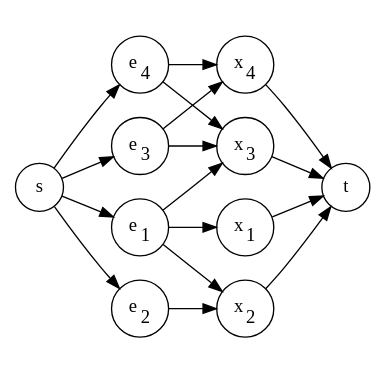
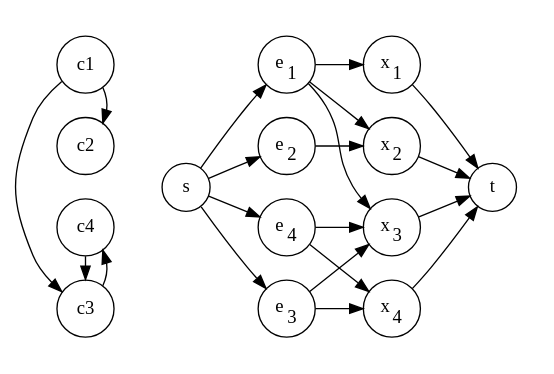
One commit to volhovM/thesis-bs-itmo changed the diagram in pics/graph.dot. Above: the diagram before and after it, drawn with Graphviz.

Commit message:
Improve graph a little bit

```diff
--- a/pics/graph.dot
+++ b/pics/graph.dot
@@ -1,34 +1,56 @@
 digraph G {
   node [shape="circle"]; 
 
   rankdir = LR;
+ 
+  c1 c2 c3 c4;
 
   s t
   e1[label=<e<SUB>1</SUB>>];
   e2[label=<e<SUB>2</SUB>>];
   e3[label=<e<SUB>3</SUB>>];
   e4[label=<e<SUB>4</SUB>>];
   x1[label=<x<SUB>1</SUB>>];
   x2[label=<x<SUB>2</SUB>>];
   x3[label=<x<SUB>3</SUB>>];
   x4[label=<x<SUB>4</SUB>>];
 
+  subgraph example {
+    { rank=same; c1 c2 c3 c4 }
+    c1 -> c2;
+    c1 -> c3;
+    c3 -> c4 -> c3;
+  }
+
+
+  subgraph cluster_s { { s }; style=invis; }
+ 
   subgraph cluster_0 {
     {rank=same; e1 e2 e3 e4}
     style=invis;
     e1 -> e2 -> e3 -> e4 [weight=100, style=invis];
   }
 
 
   subgraph cluster_1 {
     {rank=same; x1 x2 x3 x4}
     style=invis;
     x1 -> x2 -> x3 -> x4 [weight=100, style=invis];
   }
 
+  subgraph cluster_t { { t }; style=invis; }
+
   s -> e1; s -> e2; s -> e3; s -> e4;
   x1 -> t; x2 -> t; x3 -> t; x4 -> t;
 
-  e1 -> x1[weight=100]; e2 -> x2[weight=100]; e3 -> x3[weight=100]; e4 -> x4[weight=100];
-  e1 -> x2; e1 -> x3; e3 -> x4; e4 -> x3;
+  edge [weight=10000];
+  e1 -> x1; e2 -> x2; e3 -> x3; e4 -> x4;
+  edge [weight=1];
+
+  e1 -> x2; e1 -> x3[weight=0]; e3 -> x4; e4 -> x3;
+
+  edge [style=invis];
+
+  c1 -> c2 -> c3 -> c4 [weight=10000];
+  c1 -> e1; c2 -> e2; c3 -> e3; c4 -> e4; c1 -> s; c2 -> s; c3 -> s; c4 -> s;
 }
```
